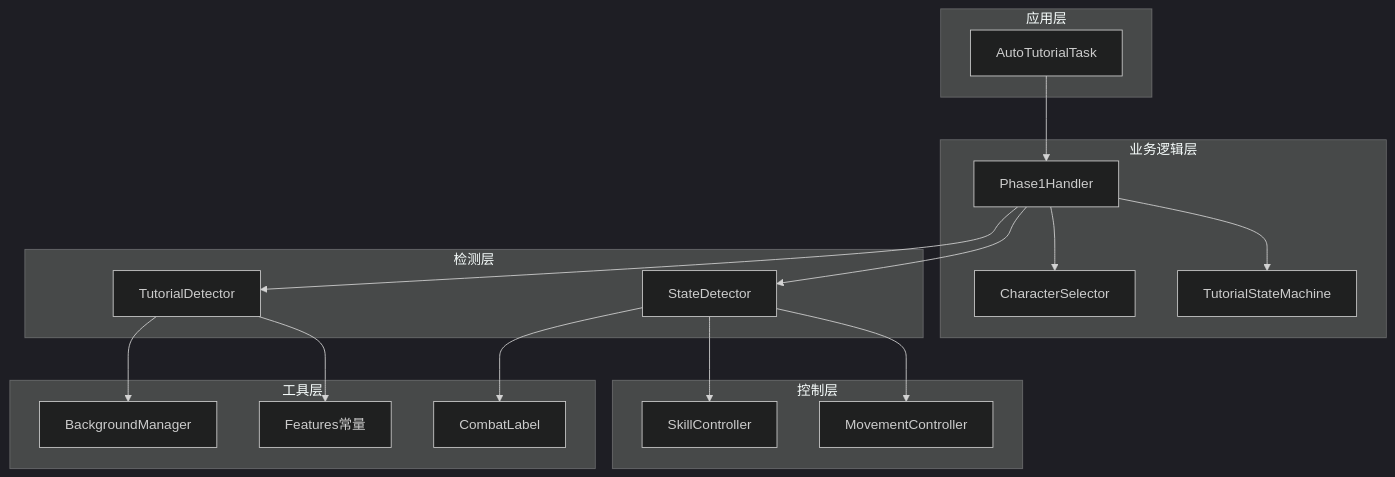
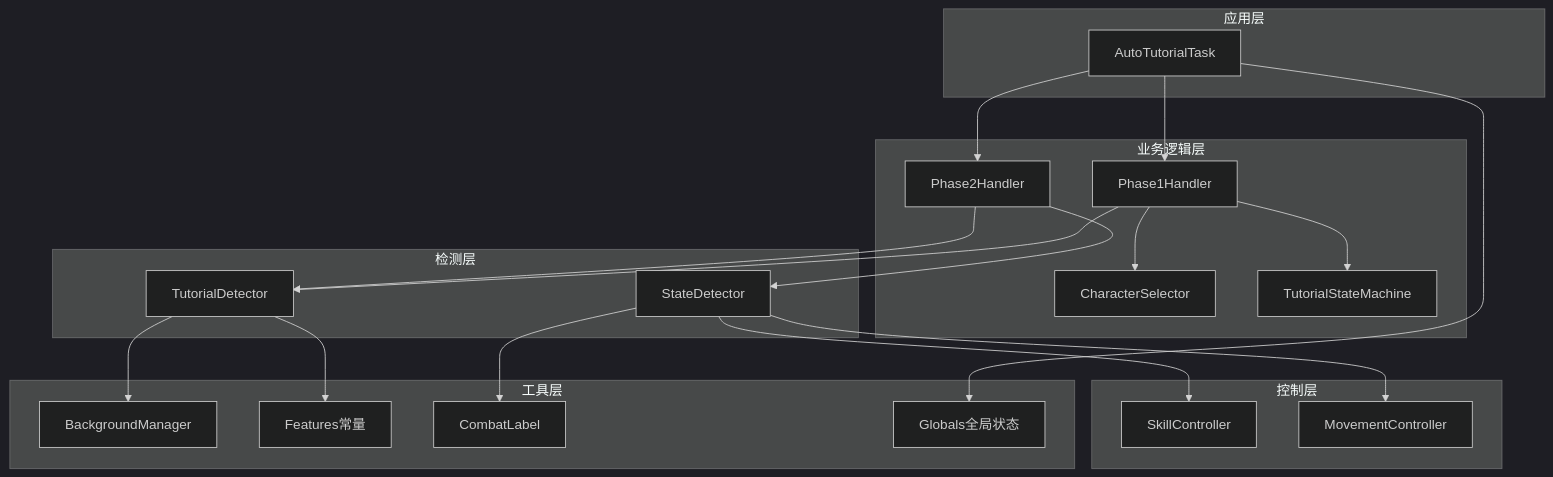
Before and after one commit to xsy098-max/ok-jump: the second of 10 diagrams in .qoder/repowiki/zh/content/Auto Tutorial Task.md, drawn with Mermaid (dark theme). The commit also changed other lines of this file and 17 other files, not shown here.

````diff
--- a/.qoder/repowiki/zh/content/Auto Tutorial Task.md
+++ b/.qoder/repowiki/zh/content/Auto Tutorial Task.md
@@ -140,34 +158,39 @@
 ```mermaid
 graph TB
 subgraph "应用层"
 A[AutoTutorialTask]
 end
 subgraph "业务逻辑层"
 B[Phase1Handler]
-C[CharacterSelector]
-D[TutorialStateMachine]
+C[Phase2Handler]
+D[CharacterSelector]
+E[TutorialStateMachine]
 end
 subgraph "检测层"
-E[TutorialDetector]
-F[StateDetector]
+F[TutorialDetector]
+G[StateDetector]
 end
 subgraph "控制层"
-G[SkillController]
-H[MovementController]
+H[SkillController]
+I[MovementController]
 end
 subgraph "工具层"
-I[BackgroundManager]
-J[Features常量]
-K[CombatLabel]
+J[BackgroundManager]
+K[Features常量]
+L[CombatLabel]
+M[Globals全局状态]
 end
 A --> B
-B --> C
+A --> C
 B --> D
 B --> E
 B --> F
-F --> G
-F --> H
-E --> I
-E --> J
+C --> F
+C --> G
+G --> H
+G --> I
+F --> J
 F --> K
+G --> L
+A --> M
 ```
````
